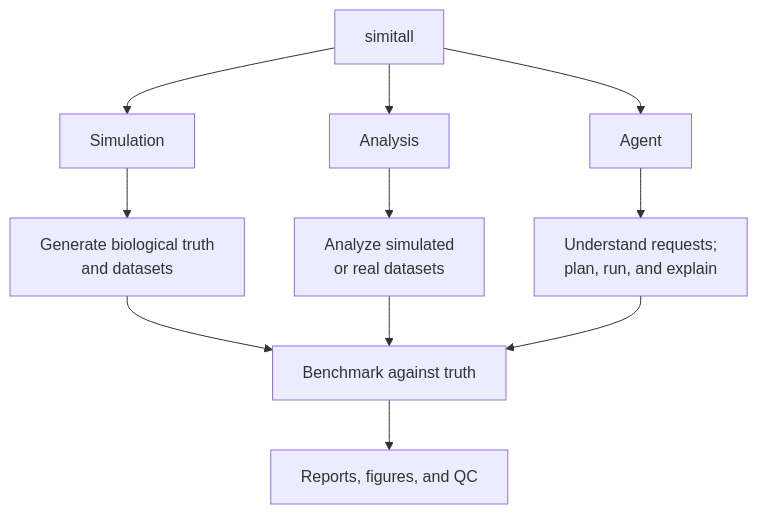
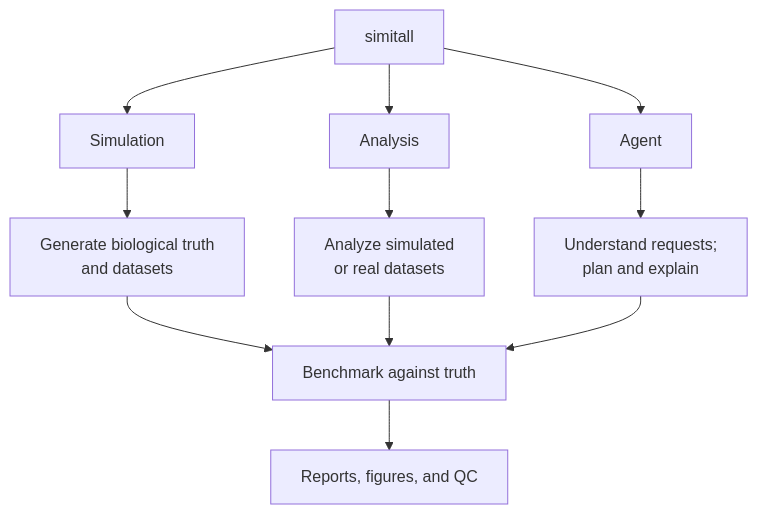
One commit to nirwan1265/simitall changed the first of 2 diagrams in README.md. Above: the diagram before and after it, drawn with Mermaid. The commit also changed other lines of this file and 185 other files, not shown here.

````diff
--- a/README.md
+++ b/README.md
@@ -24,23 +93,23 @@
 ```mermaid
 flowchart TB
   S["simitall"]
   SIM["Simulation"]
   ANA["Analysis"]
   AGENT["Agent"]
   SIMDESC["Generate biological truth<br/>and datasets"]
   ANADESC["Analyze simulated<br/>or real datasets"]
-  AGENTDESC["Understand requests;<br/>plan, run, and explain"]
+  AGENTDESC["Understand requests;<br/>plan and explain"]
   BENCH["Benchmark against truth"]
   OUTPUT["Reports, figures, and QC"]
 
   S --> SIM
   S --> ANA
   S --> AGENT
   SIM --> SIMDESC
   ANA --> ANADESC
   AGENT --> AGENTDESC
   SIMDESC --> BENCH
   ANADESC --> BENCH
   AGENTDESC --> BENCH
   BENCH --> OUTPUT
 ```
````
